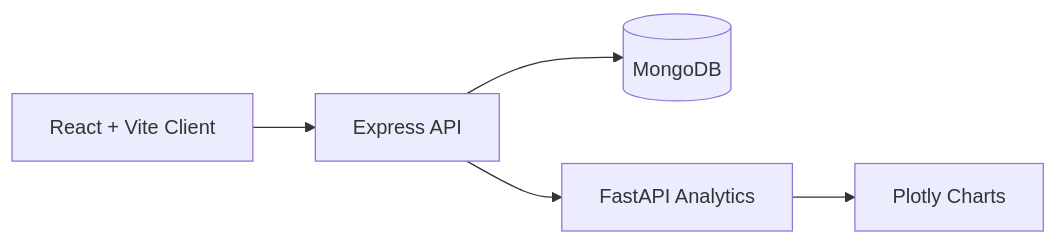
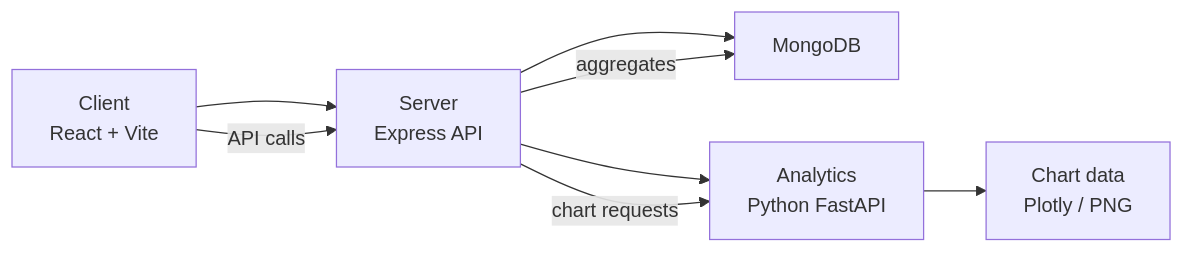
Before and after one commit to 0Raghav-Sharma0/mantra4Change: the first of 2 diagrams in README.md, drawn with Mermaid. The commit also changed other lines of this file and 12 other files, not shown here.

````diff
--- a/README.md
+++ b/README.md
@@ -150,10 +88,10 @@
 ```mermaid
 flowchart LR
-    Client[React + Vite Client]
-        --> Server[Express API]
-
-    Server --> MongoDB[(MongoDB)]
-    Server --> Analytics[FastAPI Analytics]
-
-    Analytics --> Charts[Plotly Charts]
+  A[Client<br/>React + Vite] --> B[Server<br/>Express API]
+  B --> C[MongoDB]
+  B --> D[Analytics<br/>Python FastAPI]
+  D --> E[Chart data<br/>Plotly / PNG]
+  A -->|API calls| B
+  B -->|aggregates| C
+  B -->|chart requests| D
 ```
````
